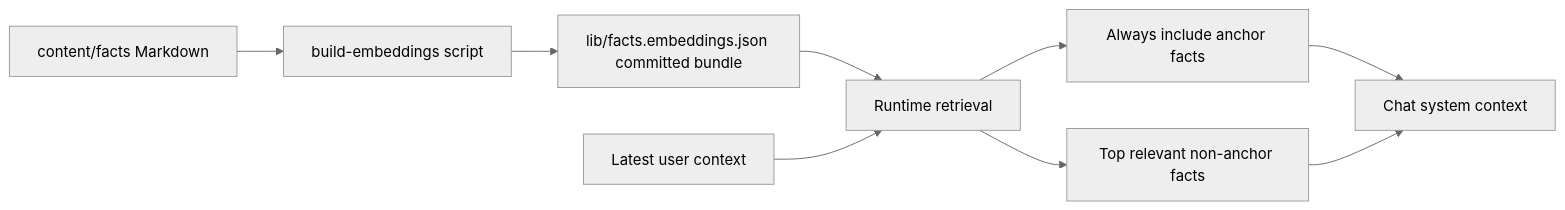
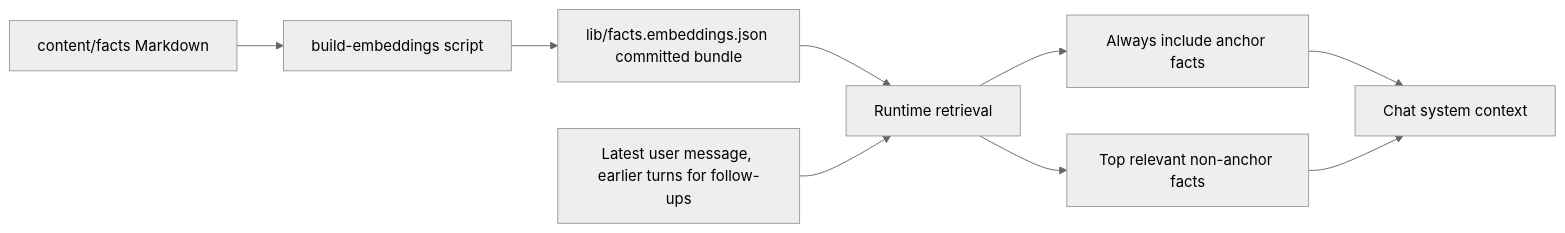
Before and after one commit to Dhruv-Mishra/portfolioWebsite: the seventh of 9 diagrams in docs/architecture.md, drawn with Mermaid (neutral theme). The commit also changed other lines of this file and 28 other files, not shown here.

````diff
--- a/docs/architecture.md
+++ b/docs/architecture.md
@@ -163,11 +163,11 @@
 ```mermaid
 flowchart LR
   Facts[content/facts Markdown] --> Build[build-embeddings script]
   Build --> Bundle[lib/facts.embeddings.json committed bundle]
   Bundle --> Runtime[Runtime retrieval]
-  Query[Latest user context] --> Runtime
+  Query[Latest user message, earlier turns for follow-ups] --> Runtime
   Runtime --> Anchors[Always include anchor facts]
   Runtime --> Ranked[Top relevant non-anchor facts]
   Anchors --> Prompt[Chat system context]
   Ranked --> Prompt
 ```
````
